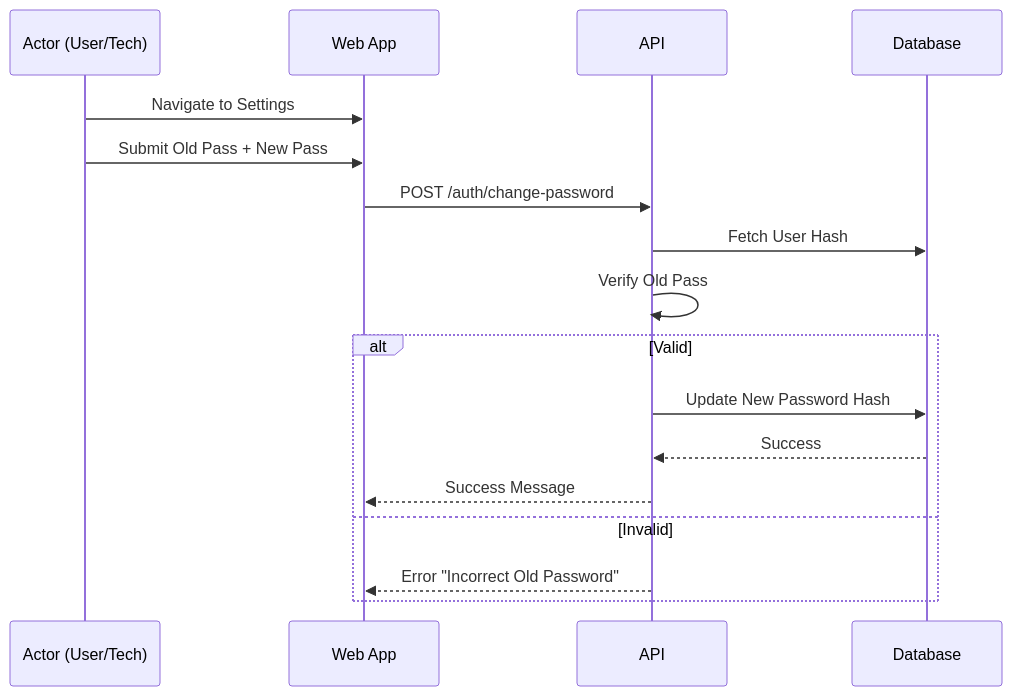
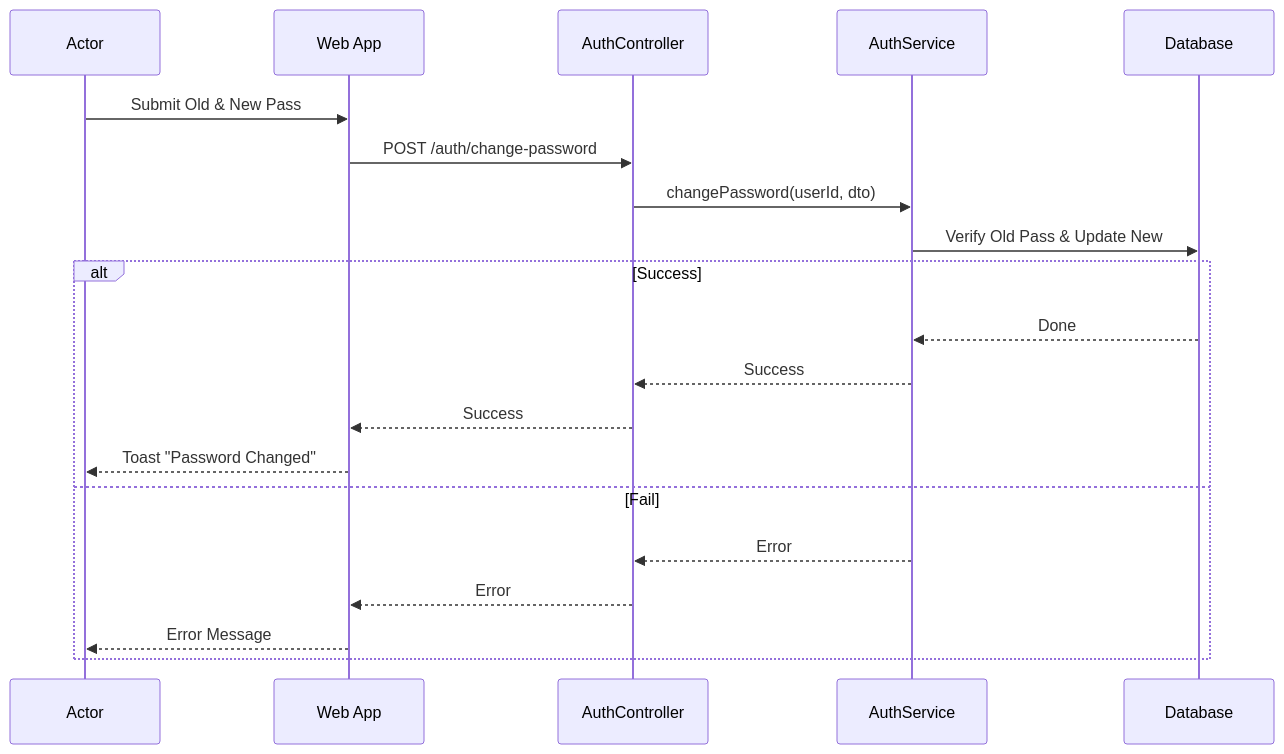
One commit to duong4444/agribot-dev changed the fourth of 5 diagrams in DOC-TTCS/authentication_docs.md. Above: the diagram before and after it, drawn with Mermaid. The commit also changed other lines of this file and 7 other files, not shown here.

````diff
--- a/DOC-TTCS/authentication_docs.md
+++ b/DOC-TTCS/authentication_docs.md
@@ -167,20 +175,23 @@
 ```mermaid
 sequenceDiagram
-    participant A as Actor (User/Tech)
+    participant A as Actor
     participant FE as Web App
-    participant BE as API
+    participant CTL as AuthController
+    participant SVC as AuthService
     participant DB as Database
 
-    A->>FE: Navigate to Settings
-    A->>FE: Submit Old Pass + New Pass
-    FE->>BE: POST /auth/change-password
-    BE->>DB: Fetch User Hash
-    BE->>BE: Verify Old Pass
-    alt Valid
-        BE->>DB: Update New Password Hash
-        DB-->>BE: Success
-        BE-->>FE: Success Message
-    else Invalid
-        BE-->>FE: Error "Incorrect Old Password"
+    A->>FE: Submit Old & New Pass
+    FE->>CTL: POST /auth/change-password
+    CTL->>SVC: changePassword(userId, dto)
+    SVC->>DB: Verify Old Pass & Update New
+    alt Success
+        DB-->>SVC: Done
+        SVC-->>CTL: Success
+        CTL-->>FE: Success
+        FE-->>A: Toast "Password Changed"
+    else Fail
+        SVC-->>CTL: Error
+        CTL-->>FE: Error
+        FE-->>A: Error Message
     end
 ```
````
